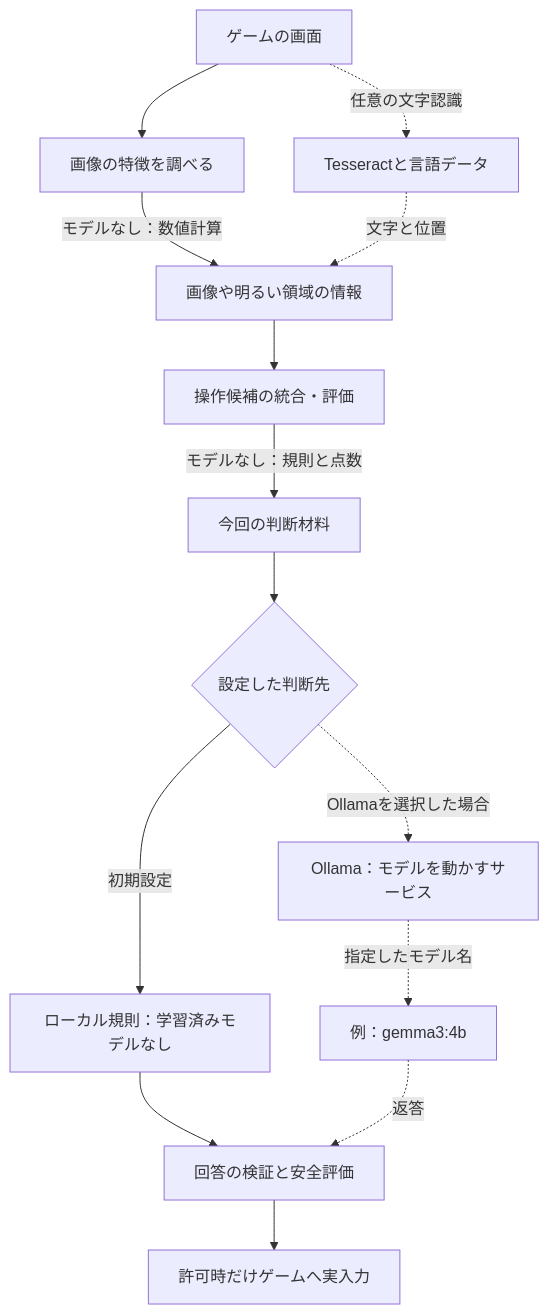
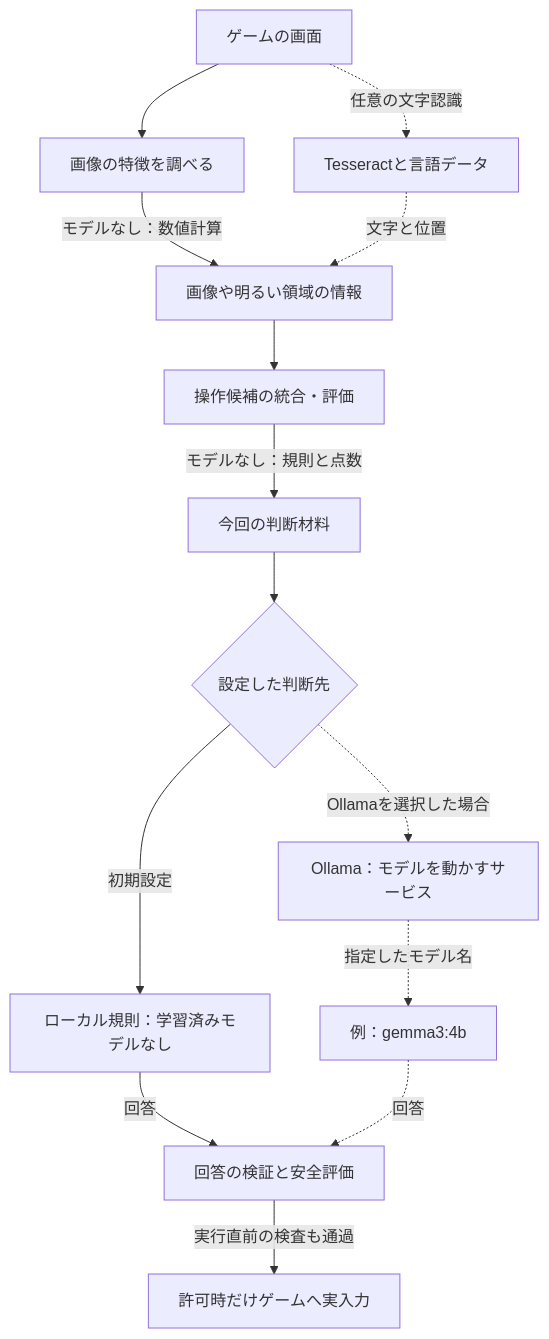
Before and after one commit to tomiya7688/AI_game_player: the first of 2 diagrams in doc/models/README.md, drawn with Mermaid. The commit also changed other lines of this file, not shown here.

````diff
--- a/doc/models/README.md
+++ b/doc/models/README.md
@@ -16,16 +16,16 @@
 ```mermaid
 flowchart TB
     A["ゲームの画面"] --> B["画像の特徴を調べる"]
     B -->|モデルなし：数値計算| C["画像や明るい領域の情報"]
     A -.->|任意の文字認識| T["Tesseractと言語データ"]
     T -.->|文字と位置| C
     C --> D["操作候補の統合・評価"]
     D -->|モデルなし：規則と点数| E["今回の判断材料"]
     E --> F{"設定した判断先"}
     F -->|初期設定| R["ローカル規則：学習済みモデルなし"]
     F -.->|Ollamaを選択した場合| O["Ollama：モデルを動かすサービス"]
     O -.->|指定したモデル名| M["例：gemma3:4b"]
-    R --> V["回答の検証と安全評価"]
-    M -.->|返答| V
-    V --> X["許可時だけゲームへ実入力"]
+    R -->|回答| V["回答の検証と安全評価"]
+    M -.->|回答| V
+    V -->|実行直前の検査も通過| X["許可時だけゲームへ実入力"]
 ```
````
